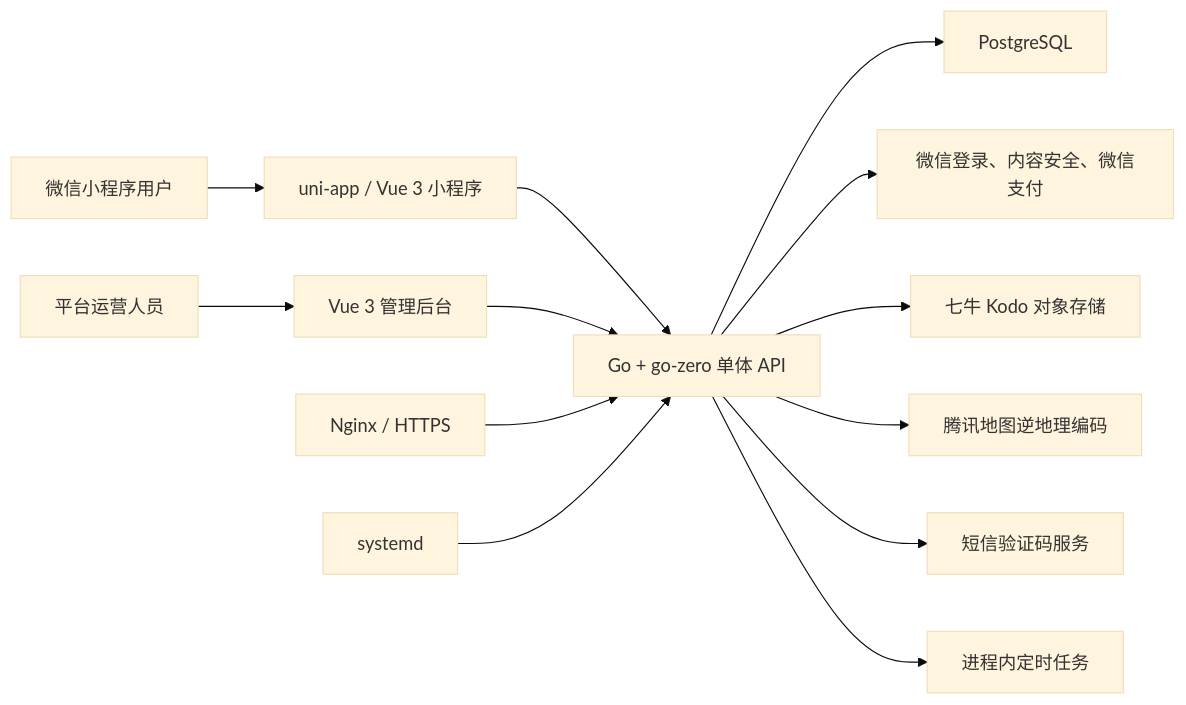
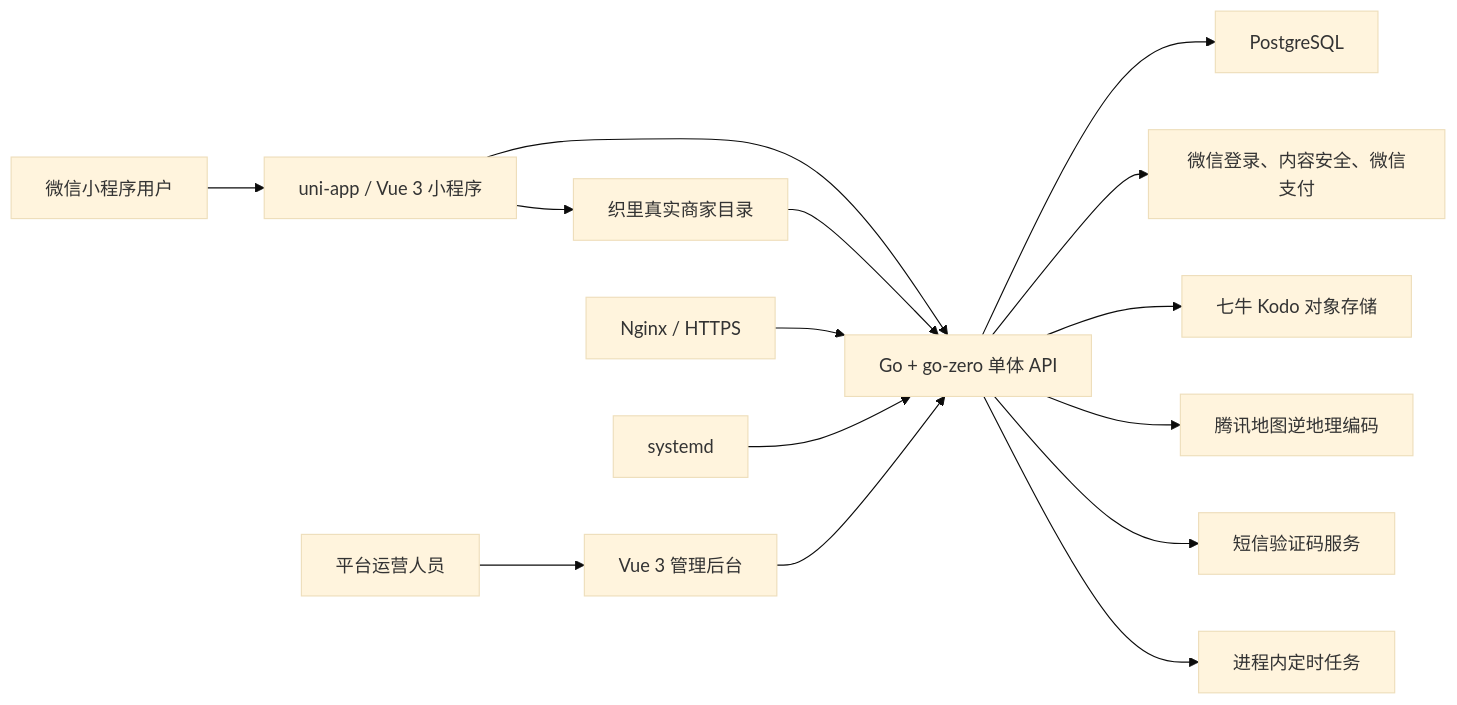
Before and after one commit to tourdt/wplink: the first of 4 diagrams in docs/product/technical-architecture.md, drawn with Mermaid (base theme). The commit also changed other lines of this file and 7 other files, not shown here.

````diff
--- a/docs/product/technical-architecture.md
+++ b/docs/product/technical-architecture.md
@@ -47,15 +47,17 @@
 ```mermaid
 flowchart LR
   user["微信小程序用户"] --> wxapp["uni-app / Vue 3 小程序"]
   operator["平台运营人员"] --> admin["Vue 3 管理后台"]
   wxapp --> api["Go + go-zero 单体 API"]
   admin --> api
   api --> pg["PostgreSQL"]
+  wxapp --> directory["织里真实商家目录"]
+  directory --> api
   api --> wechat["微信登录、内容安全、微信支付"]
   api --> qiniu["七牛 Kodo 对象存储"]
   api --> tmap["腾讯地图逆地理编码"]
   api --> sms["短信验证码服务"]
   api --> tasks["进程内定时任务"]
   nginx["Nginx / HTTPS"] --> api
   systemd["systemd"] --> api
 ```
````
